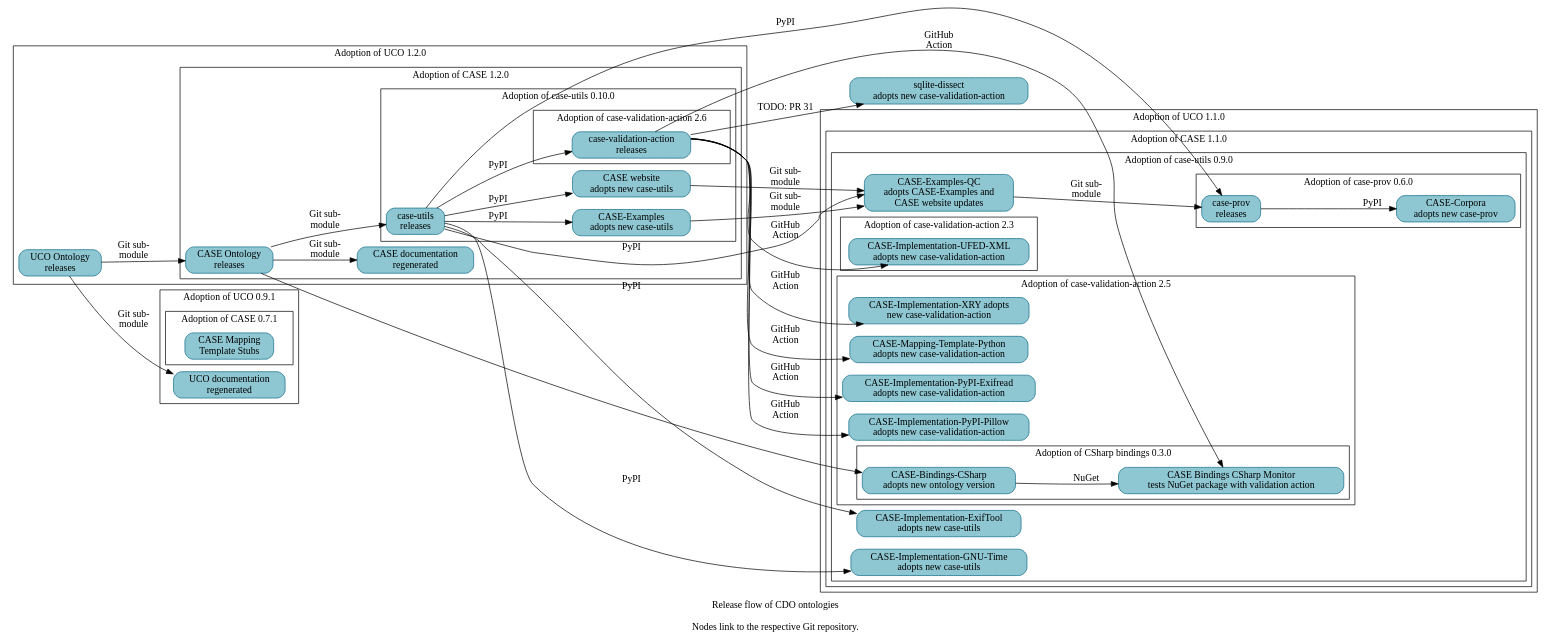
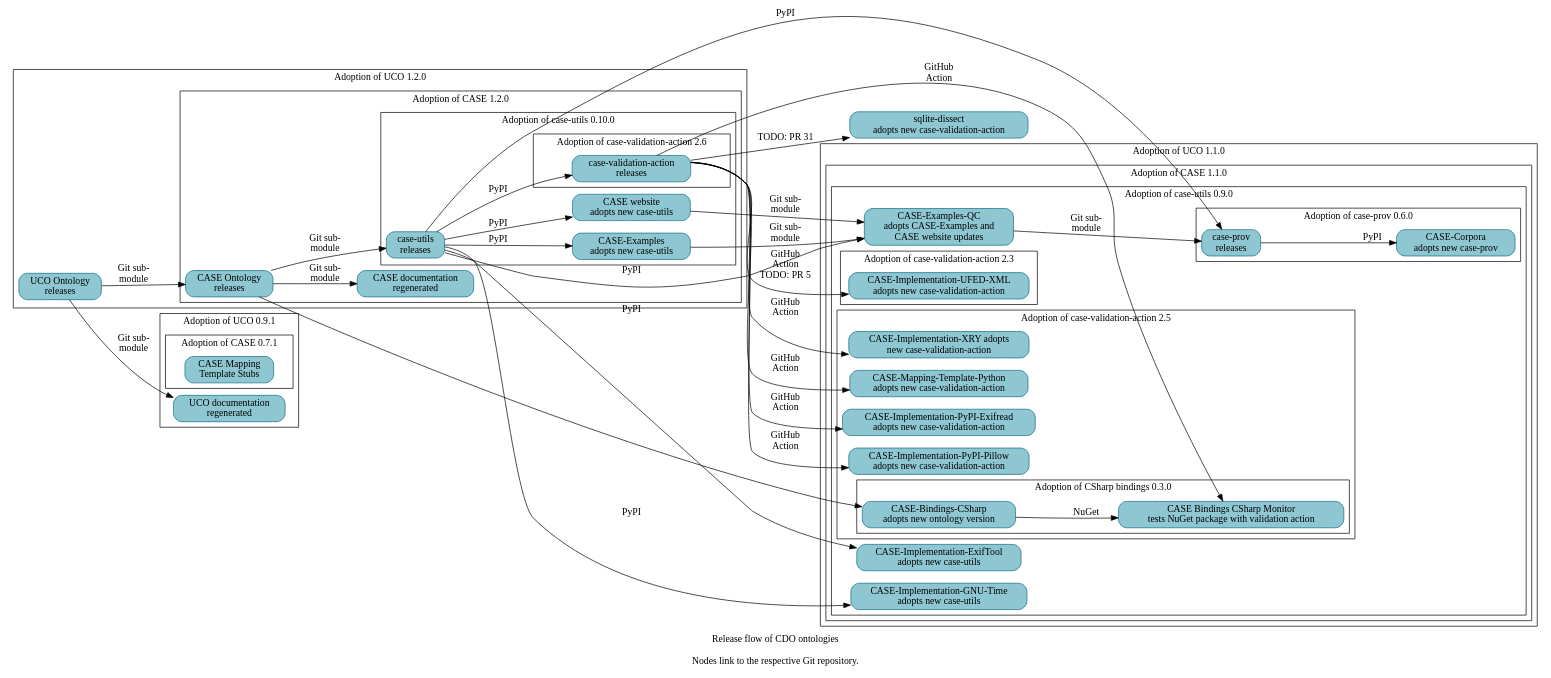
One commit to Cyber-Domain-Ontology/cdo.github.io changed the diagram in resources/project_release_flow.dot. Above: the diagram before and after it, drawn with Graphviz.

Commit message:
Link to pending bump for UFED-XML adoption status refresh
A follow-on patch will regenerate Make-managed files.

```diff
--- a/resources/project_release_flow.dot
+++ b/resources/project_release_flow.dot
@@ -1,119 +1,119 @@
 digraph "cdo_release_flow" {
   label = "Release flow of CDO ontologies\n\nNodes link to the respective Git repository." ;
   rankdir = "LR" ;
   node [shape="rectangle" style="filled,rounded" fillcolor="#8EC7D2" color="#0D6986"] ;
 
 
   // Define nodes in their corresponding progress subgraph.
 
   subgraph cluster_uco_0_9_1 {
     label = "Adoption of UCO 0.9.1" ;
 
     _GH__UCOPROJECT__ONTOLOGY_UNIFIEDCYBERONTOLOGY_ORG [URL="https://github.com/ucoProject/ontology.unifiedcyberontology.org" label="UCO documentation\nregenerated"] ;
 
     subgraph cluster_case_0_7_1 {
       label = "Adoption of CASE 0.7.1" ;
       _GH__CASEWORK__CASE_MAPPING_TEMPLATE_STUBS [URL="https://github.com/casework/CASE-Mapping-Template-Stubs" label="CASE Mapping\nTemplate Stubs"] ;
     }
   }
   subgraph cluster_uco_1_1_0 {
     label = "Adoption of UCO 1.1.0" ;
 
     subgraph cluster_case_1_1_0 {
       label = "Adoption of CASE 1.1.0" ;
 
       subgraph cluster_case_utils_0_9_0 {
         label = "Adoption of case-utils 0.9.0" ;
 
         _GH__AJNELSON_NIST__CASE_EXAMPLES_QC [URL="https://github.com/ajnelson-nist/CASE-Examples-QC" label="CASE-Examples-QC\nadopts CASE-Examples and\nCASE website updates"] ;
         _GH__CASEWORK__CASE_IMPLEMENTATON_EXIFTOOL [URL="https://github.com/casework/CASE-Implementation-ExifTool" label="CASE-Implementation-ExifTool\nadopts new case-utils"] ;
         _GH__CASEWORK__CASE_IMPLEMENTATON_GNU_TIME [URL="https://github.com/casework/CASE-Implementation-GNU-Time" label="CASE-Implementation-GNU-Time\nadopts new case-utils"] ;
 
         subgraph cluster_case_prov_0_6_0 {
           label = "Adoption of case-prov 0.6.0" ;
 
           _GH__CASEWORK__CASE_CORPORA [URL="https://github.com/casework/CASE-Corpora" label="CASE-Corpora\nadopts new case-prov"] ;
           _GH__CASEWORK__CASE_IMPLEMENTATON_PROV_O [URL="https://github.com/casework/CASE-Implementation-PROV-O" label="case-prov\nreleases"] ;
         }
 
         subgraph cluster_case_validation_action_2_3 {
           label = "Adoption of case-validation-action 2.3" ;
 
           _GH__CASEWORK__CASE_IMPLEMENTATON_UFED_XML [URL="https://github.com/casework/CASE-Implementation-UFED-XML" label="CASE-Implementation-UFED-XML\nadopts new case-validation-action"] ;
         }
 
         subgraph cluster_case_validation_action_2_5 {
           label = "Adoption of case-validation-action 2.5" ;
 
           _GH__CASEWORK__CASE_IMPLEMENTATON_PYPI_EXIFREAD [URL="https://github.com/casework/CASE-Implementation-PyPI-Exifread" label="CASE-Implementation-PyPI-Exifread\nadopts new case-validation-action"] ;
           _GH__CASEWORK__CASE_IMPLEMENTATON_PYPI_PILLOW [URL="https://github.com/casework/CASE-Implementation-PyPI-Pillow" label="CASE-Implementation-PyPI-Pillow\nadopts new case-validation-action"] ;
           _GH__CASEWORK__CASE_IMPLEMENTATON_XRY [URL="https://github.com/casework/CASE-Implementation-XRY" label="CASE-Implementation-XRY adopts\nnew case-validation-action"] ;
           _GH__CASEWORK__CASE_MAPPING_TEMPLATE_PYTHON [URL="https://github.com/casework/CASE-Mapping-Template-Python" label="CASE-Mapping-Template-Python\nadopts new case-validation-action"] ;
 
           subgraph cluster_case_bindings_csharp_0_3_0 {
             label = "Adoption of CSharp bindings 0.3.0" ;
             _GH__CASEWORK__CASE_BINDINGS_CSHARP_MONITOR [URL="https://github.com/casework/CASE-Bindings-CSharp-Monitor" label="CASE Bindings CSharp Monitor\ntests NuGet package with validation action"] ;
             _GH__CIPHERTECHSOLUTIONS__CASE_BINDINGS_CSHARP [URL="https://github.com/ciphertechsolutions/CASE-Bindings-CSharp" label="CASE-Bindings-CSharp\nadopts new ontology version"]
           }
         }
       }
     }
   }
   subgraph cluster_uco_1_2_0 {
     label = "Adoption of UCO 1.2.0" ;
 
     _GH__UCOPROJECT__UCO [URL="https://github.com/ucoProject/UCO" label="UCO Ontology\nreleases"] ;
 
     subgraph cluster_case_1_2_0 {
       label = "Adoption of CASE 1.2.0" ;
 
       _GH__CASEWORK__CASE [URL="https://github.com/casework/CASE" label="CASE Ontology\nreleases"] ;
       _GH__CASEWORK__ONTOLOGY_CASEONTOLOGY_ORG [URL="https://github.com/casework/ontology.caseontology.org" label="CASE documentation\nregenerated"] ;
 
       subgraph cluster_case_utils_0_10_0 {
         label = "Adoption of case-utils 0.10.0" ;
 
         _GH__CASEWORK__CASE_EXAMPLES [URL="https://github.com/casework/CASE-Examples" label="CASE-Examples\nadopts new case-utils"] ;
         _GH__CASEWORK__CASE_UTILITIES_PYTHON [URL="https://github.com/casework/CASE-Utilities-Python" label="case-utils\nreleases"] ;
         _GH__CASEWORK__CASEWORK_GITHUB_IO [URL="https://github.com/casework/casework.github.io" label="CASE website\nadopts new case-utils"] ;
 
         subgraph cluster_case_validation_action_2_6 {
           label = "Adoption of case-validation-action 2.6" ;
 
           _GH__KCHASON__CASE_VALIDATION_ACTION [URL="https://github.com/kchason/case-validation-action" label="case-validation-action\nreleases"] ;
         }
       }
     }
   }
 
   _GH__DOD_CYBER_CRIME_CENTER__SQLITE_DISSECT [URL="https://github.com/dod-cyber-crime-center/sqlite-dissect" label="sqlite-dissect\nadopts new case-validation-action"] ;
 
   // Begin edges
 
   _GH__AJNELSON_NIST__CASE_EXAMPLES_QC -> _GH__CASEWORK__CASE_IMPLEMENTATON_PROV_O [label="Git sub-\nmodule"] ;
   _GH__CASEWORK__CASE -> _GH__CASEWORK__CASE_UTILITIES_PYTHON [label="Git sub-\nmodule"] ;
   _GH__CASEWORK__CASE -> _GH__CIPHERTECHSOLUTIONS__CASE_BINDINGS_CSHARP ;
   _GH__CASEWORK__CASE -> _GH__CASEWORK__ONTOLOGY_CASEONTOLOGY_ORG [label="Git sub-\nmodule"] ; 
   _GH__CASEWORK__CASE_EXAMPLES -> _GH__AJNELSON_NIST__CASE_EXAMPLES_QC [label="Git sub-\nmodule"] ;
   _GH__CASEWORK__CASE_IMPLEMENTATON_PROV_O -> _GH__CASEWORK__CASE_CORPORA [label="PyPI"] ;
   _GH__CASEWORK__CASE_UTILITIES_PYTHON -> _GH__AJNELSON_NIST__CASE_EXAMPLES_QC [label="PyPI"] ;
   _GH__CASEWORK__CASE_UTILITIES_PYTHON -> _GH__CASEWORK__CASE_EXAMPLES [label="PyPI"] ;
   _GH__CASEWORK__CASE_UTILITIES_PYTHON -> _GH__CASEWORK__CASE_IMPLEMENTATON_EXIFTOOL [label="PyPI"] ;
   _GH__CASEWORK__CASE_UTILITIES_PYTHON -> _GH__CASEWORK__CASE_IMPLEMENTATON_GNU_TIME [label="PyPI"] ;
   _GH__CASEWORK__CASE_UTILITIES_PYTHON -> _GH__CASEWORK__CASE_IMPLEMENTATON_PROV_O [label="PyPI"] ;
   _GH__CASEWORK__CASE_UTILITIES_PYTHON -> _GH__KCHASON__CASE_VALIDATION_ACTION [label="PyPI"] ;
   _GH__CASEWORK__CASE_UTILITIES_PYTHON -> _GH__CASEWORK__CASEWORK_GITHUB_IO [label="PyPI"] ;
   _GH__CASEWORK__CASEWORK_GITHUB_IO -> _GH__AJNELSON_NIST__CASE_EXAMPLES_QC [label="Git sub-\nmodule"] ;
   _GH__CIPHERTECHSOLUTIONS__CASE_BINDINGS_CSHARP -> _GH__CASEWORK__CASE_BINDINGS_CSHARP_MONITOR [label="NuGet"] ;
   _GH__KCHASON__CASE_VALIDATION_ACTION -> _GH__CASEWORK__CASE_BINDINGS_CSHARP_MONITOR [label="GitHub\nAction"] ;
   _GH__KCHASON__CASE_VALIDATION_ACTION -> _GH__CASEWORK__CASE_IMPLEMENTATON_PYPI_EXIFREAD [label="GitHub\nAction"] ;
   _GH__KCHASON__CASE_VALIDATION_ACTION -> _GH__CASEWORK__CASE_IMPLEMENTATON_PYPI_PILLOW [label="GitHub\nAction"] ;
-  _GH__KCHASON__CASE_VALIDATION_ACTION -> _GH__CASEWORK__CASE_IMPLEMENTATON_UFED_XML [label="GitHub\nAction"] ;
+  _GH__KCHASON__CASE_VALIDATION_ACTION -> _GH__CASEWORK__CASE_IMPLEMENTATON_UFED_XML [URL="https://github.com/casework/CASE-Implementation-UFED-XML/pull/5" label="GitHub\nAction\nTODO: PR 5"] ;
   _GH__KCHASON__CASE_VALIDATION_ACTION -> _GH__CASEWORK__CASE_IMPLEMENTATON_XRY [label="GitHub\nAction"] ;
   _GH__KCHASON__CASE_VALIDATION_ACTION -> _GH__CASEWORK__CASE_MAPPING_TEMPLATE_PYTHON [label="GitHub\nAction"] ;
   _GH__KCHASON__CASE_VALIDATION_ACTION -> _GH__DOD_CYBER_CRIME_CENTER__SQLITE_DISSECT [URL="https://github.com/dod-cyber-crime-center/sqlite-dissect/pull/31" label="TODO: PR 31"] ;
   // TODO _GH__UCOPROJECT__ONTOLOGY_UNIFIEDCYBERONTOLOGY_ORG -> _GH__CASEWORK__ONTOLOGY_CASEONTOLOGY_ORG [label="Tech-\ncheck"];
   _GH__UCOPROJECT__UCO -> _GH__CASEWORK__CASE [label="Git sub-\nmodule"] ;
   _GH__UCOPROJECT__UCO -> _GH__UCOPROJECT__ONTOLOGY_UNIFIEDCYBERONTOLOGY_ORG [label="Git sub-\nmodule"] ;
 
 }
```
